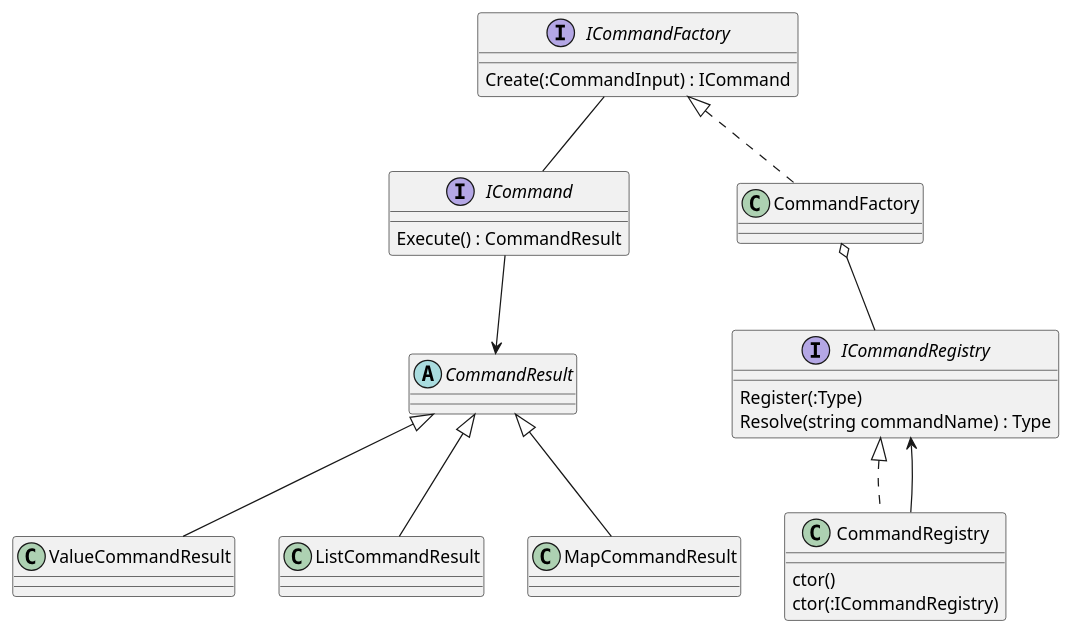
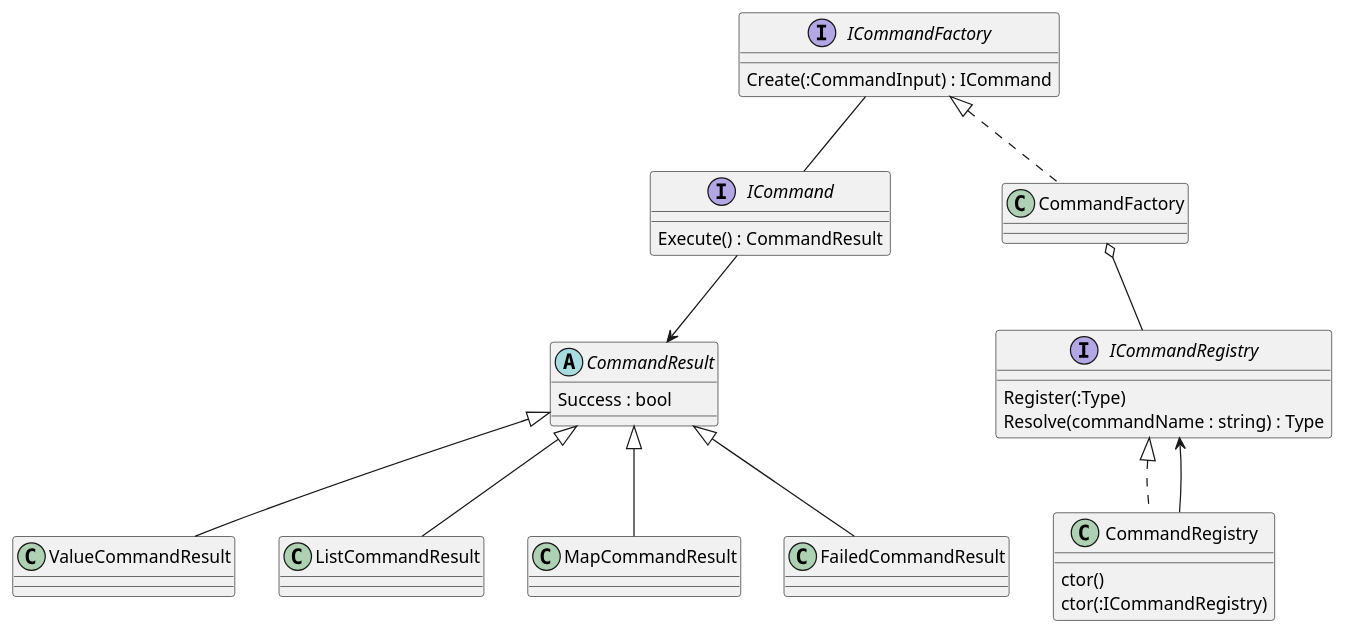
One commit to codeflood/chel changed the diagram in docs/class-design.puml. Above: the diagram before and after it, drawn with PlantUML. The commit also changed 11 other files, not shown here.

```diff
--- a/docs/class-design.puml
+++ b/docs/class-design.puml
@@ -1,40 +1,45 @@
 @startuml class
 
 interface ICommand {
     Execute() : CommandResult
 }
 
-abstract class CommandResult
+abstract class CommandResult {
+    Success : bool
+}
 
 class ValueCommandResult
 CommandResult <|-- ValueCommandResult
 
 class ListCommandResult
 CommandResult <|-- ListCommandResult
 
 class MapCommandResult
 CommandResult <|-- MapCommandResult
 
+class FailedCommandResult
+CommandResult <|-- FailedCommandResult
+
 ICommand --> CommandResult
 
 interface ICommandFactory {
     Create(:CommandInput) : ICommand
 }
 
 interface ICommandRegistry {
     Register(:Type)
-    Resolve(string commandName) : Type
+    Resolve(commandName : string) : Type
 }
 
 ICommandFactory -- ICommand
 
 class CommandRegistry implements ICommandRegistry {
     ctor()
     ctor(:ICommandRegistry)
 }
 CommandRegistry --> ICommandRegistry
 
 class CommandFactory implements ICommandFactory
 CommandFactory o-- ICommandRegistry
 
 @enduml
```
